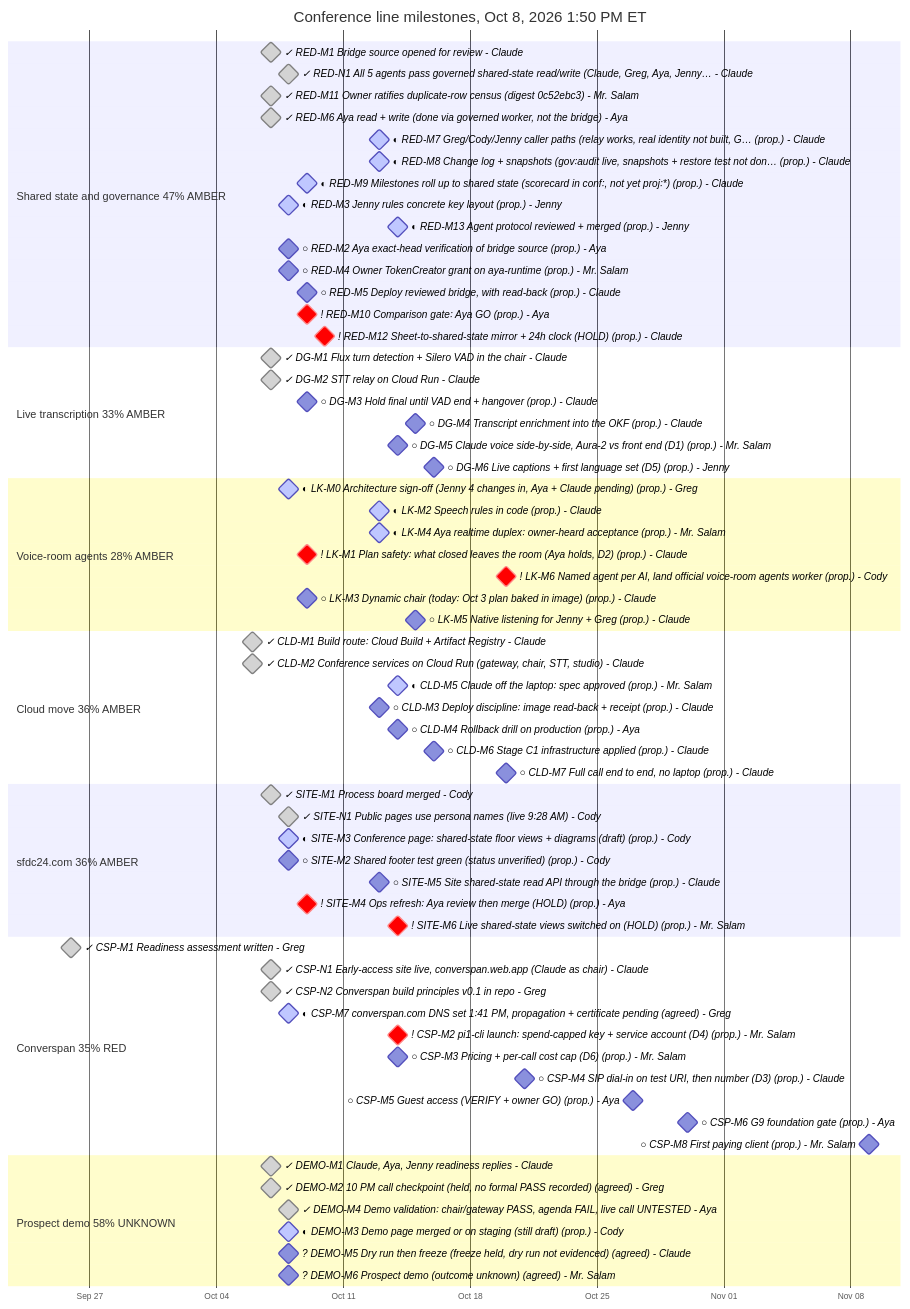
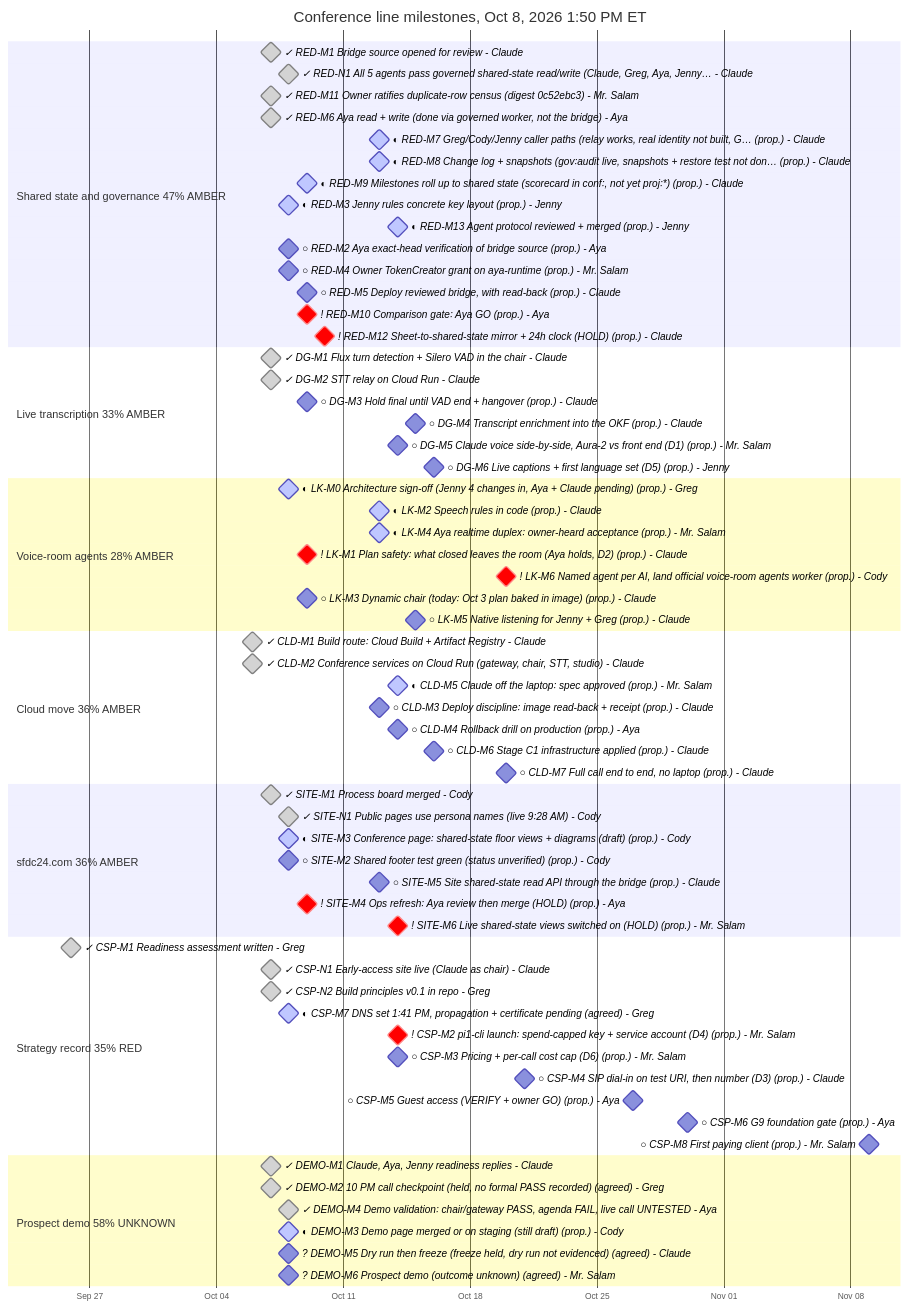
The diagram in assets/milestones/2026-10-08.mmd (sfdc-24/sfdc24-site), drawn with Mermaid before and after one commit. The commit also changed 32 other files, not shown here.

```diff
--- a/assets/milestones/2026-10-08.mmd
+++ b/assets/milestones/2026-10-08.mmd
@@ -1,78 +1,78 @@
 ---
 title: Conference line milestones, Oct 8, 2026 1:50 PM ET
 config:
   gantt:
     fontSize: 12
     sectionFontSize: 13
     barHeight: 22
     useMaxWidth: false
 ---
 gantt
     %% done = complete, active = in progress, crit = blocked. Dates and owners are unchanged.
     dateFormat YYYY-MM-DD
     axisFormat %b %d
     tickInterval 1week
     section Shared state and governance 47% AMBER
     ✓ RED-M1 Bridge source opened for review - Claude :milestone, done, red_m1, 2026-10-07, 0d
     ✓ RED-N1 All 5 agents pass governed shared-state read/write (Claude, Greg, Aya, Jenny… - Claude :milestone, done, red_n1, 2026-10-08, 0d
     ✓ RED-M11 Owner ratifies duplicate-row census (digest 0c52ebc3) - Mr. Salam :milestone, done, red_m11, 2026-10-07, 0d
     ✓ RED-M6 Aya read + write (done via governed worker, not the bridge) - Aya :milestone, done, red_m6, 2026-10-07, 0d
     ◐ RED-M7 Greg/Cody/Jenny caller paths (relay works, real identity not built, G… (prop.) - Claude :milestone, active, red_m7, 2026-10-13, 0d
     ◐ RED-M8 Change log + snapshots (gov꞉audit live, snapshots + restore test not don… (prop.) - Claude :milestone, active, red_m8, 2026-10-13, 0d
     ◐ RED-M9 Milestones roll up to shared state (scorecard in conf꞉, not yet proj꞉*) (prop.) - Claude :milestone, active, red_m9, 2026-10-09, 0d
     ◐ RED-M3 Jenny rules concrete key layout (prop.) - Jenny :milestone, active, red_m3, 2026-10-08, 0d
     ◐ RED-M13 Agent protocol reviewed + merged (prop.) - Jenny :milestone, active, red_m13, 2026-10-14, 0d
     ○ RED-M2 Aya exact-head verification of bridge source (prop.) - Aya :milestone, red_m2, 2026-10-08, 0d
     ○ RED-M4 Owner TokenCreator grant on aya-runtime (prop.) - Mr. Salam :milestone, red_m4, 2026-10-08, 0d
     ○ RED-M5 Deploy reviewed bridge, with read-back (prop.) - Claude :milestone, red_m5, 2026-10-09, 0d
     ! RED-M10 Comparison gate꞉ Aya GO (prop.) - Aya :milestone, crit, red_m10, 2026-10-09, 0d
     ! RED-M12 Sheet-to-shared-state mirror + 24h clock (HOLD) (prop.) - Claude :milestone, crit, red_m12, 2026-10-10, 0d
     section Live transcription 33% AMBER
     ✓ DG-M1 Flux turn detection + Silero VAD in the chair - Claude :milestone, done, dg_m1, 2026-10-07, 0d
     ✓ DG-M2 STT relay on Cloud Run - Claude :milestone, done, dg_m2, 2026-10-07, 0d
     ○ DG-M3 Hold final until VAD end + hangover (prop.) - Claude :milestone, dg_m3, 2026-10-09, 0d
     ○ DG-M4 Transcript enrichment into the OKF (prop.) - Claude :milestone, dg_m4, 2026-10-15, 0d
     ○ DG-M5 Claude voice side-by-side, Aura-2 vs front end (D1) (prop.) - Mr. Salam :milestone, dg_m5, 2026-10-14, 0d
     ○ DG-M6 Live captions + first language set (D5) (prop.) - Jenny :milestone, dg_m6, 2026-10-16, 0d
     section Voice-room agents 28% AMBER
     ◐ LK-M0 Architecture sign-off (Jenny 4 changes in, Aya + Claude pending) (prop.) - Greg :milestone, active, lk_m0, 2026-10-08, 0d
     ◐ LK-M2 Speech rules in code (prop.) - Claude :milestone, active, lk_m2, 2026-10-13, 0d
     ◐ LK-M4 Aya realtime duplex꞉ owner-heard acceptance (prop.) - Mr. Salam :milestone, active, lk_m4, 2026-10-13, 0d
     ! LK-M1 Plan safety꞉ what closed leaves the room (Aya holds, D2) (prop.) - Claude :milestone, crit, lk_m1, 2026-10-09, 0d
     ! LK-M6 Named agent per AI, land official voice-room agents worker (prop.) - Cody :milestone, crit, lk_m6, 2026-10-20, 0d
     ○ LK-M3 Dynamic chair (today꞉ Oct 3 plan baked in image) (prop.) - Claude :milestone, lk_m3, 2026-10-09, 0d
     ○ LK-M5 Native listening for Jenny + Greg (prop.) - Claude :milestone, lk_m5, 2026-10-15, 0d
     section Cloud move 36% AMBER
     ✓ CLD-M1 Build route꞉ Cloud Build + Artifact Registry - Claude :milestone, done, cld_m1, 2026-10-06, 0d
     ✓ CLD-M2 Conference services on Cloud Run (gateway, chair, STT, studio) - Claude :milestone, done, cld_m2, 2026-10-06, 0d
     ◐ CLD-M5 Claude off the laptop꞉ spec approved (prop.) - Mr. Salam :milestone, active, cld_m5, 2026-10-14, 0d
     ○ CLD-M3 Deploy discipline꞉ image read-back + receipt (prop.) - Claude :milestone, cld_m3, 2026-10-13, 0d
     ○ CLD-M4 Rollback drill on production (prop.) - Aya :milestone, cld_m4, 2026-10-14, 0d
     ○ CLD-M6 Stage C1 infrastructure applied (prop.) - Claude :milestone, cld_m6, 2026-10-16, 0d
     ○ CLD-M7 Full call end to end, no laptop (prop.) - Claude :milestone, cld_m7, 2026-10-20, 0d
     section sfdc24.com 36% AMBER
     ✓ SITE-M1 Process board merged - Cody :milestone, done, site_m1, 2026-10-07, 0d
     ✓ SITE-N1 Public pages use persona names (live 9꞉28 AM) - Cody :milestone, done, site_n1, 2026-10-08, 0d
     ◐ SITE-M3 Conference page꞉ shared-state floor views + diagrams (draft) (prop.) - Cody :milestone, active, site_m3, 2026-10-08, 0d
     ○ SITE-M2 Shared footer test green (status unverified) (prop.) - Cody :milestone, site_m2, 2026-10-08, 0d
     ○ SITE-M5 Site shared-state read API through the bridge (prop.) - Claude :milestone, site_m5, 2026-10-13, 0d
     ! SITE-M4 Ops refresh꞉ Aya review then merge (HOLD) (prop.) - Aya :milestone, crit, site_m4, 2026-10-09, 0d
     ! SITE-M6 Live shared-state views switched on (HOLD) (prop.) - Mr. Salam :milestone, crit, site_m6, 2026-10-14, 0d
-    section Converspan 35% RED
+    section Strategy record 35% RED
     ✓ CSP-M1 Readiness assessment written - Greg :milestone, done, csp_m1, 2026-09-26, 0d
-    ✓ CSP-N1 Early-access site live, converspan.web.app (Claude as chair) - Claude :milestone, done, csp_n1, 2026-10-07, 0d
-    ✓ CSP-N2 Converspan build principles v0.1 in repo - Greg :milestone, done, csp_n2, 2026-10-07, 0d
-    ◐ CSP-M7 converspan.com DNS set 1꞉41 PM, propagation + certificate pending (agreed) - Greg :milestone, active, csp_m7, 2026-10-08, 0d
+    ✓ CSP-N1 Early-access site live (Claude as chair) - Claude :milestone, done, csp_n1, 2026-10-07, 0d
+    ✓ CSP-N2 Build principles v0.1 in repo - Greg :milestone, done, csp_n2, 2026-10-07, 0d
+    ◐ CSP-M7 DNS set 1꞉41 PM, propagation + certificate pending (agreed) - Greg :milestone, active, csp_m7, 2026-10-08, 0d
     ! CSP-M2 pi1-cli launch꞉ spend-capped key + service account (D4) (prop.) - Mr. Salam :milestone, crit, csp_m2, 2026-10-14, 0d
     ○ CSP-M3 Pricing + per-call cost cap (D6) (prop.) - Mr. Salam :milestone, csp_m3, 2026-10-14, 0d
     ○ CSP-M4 SIP dial-in on test URI, then number (D3) (prop.) - Claude :milestone, csp_m4, 2026-10-21, 0d
     ○ CSP-M5 Guest access (VERIFY + owner GO) (prop.) - Aya :milestone, csp_m5, 2026-10-27, 0d
     ○ CSP-M6 G9 foundation gate (prop.) - Aya :milestone, csp_m6, 2026-10-30, 0d
     ○ CSP-M8 First paying client (prop.) - Mr. Salam :milestone, csp_m8, 2026-11-09, 0d
     section Prospect demo 58% UNKNOWN
     ✓ DEMO-M1 Claude, Aya, Jenny readiness replies - Claude :milestone, done, demo_m1, 2026-10-07, 0d
     ✓ DEMO-M2 10 PM call checkpoint (held, no formal PASS recorded) (agreed) - Greg :milestone, done, demo_m2, 2026-10-07, 0d
     ✓ DEMO-M4 Demo validation꞉ chair/gateway PASS, agenda FAIL, live call UNTESTED - Aya :milestone, done, demo_m4, 2026-10-08, 0d
     ◐ DEMO-M3 Demo page merged or on staging (still draft) (prop.) - Cody :milestone, active, demo_m3, 2026-10-08, 0d
     ? DEMO-M5 Dry run then freeze (freeze held, dry run not evidenced) (agreed) - Claude :milestone, demo_m5, 2026-10-08, 0d
     ? DEMO-M6 Prospect demo (outcome unknown) (agreed) - Mr. Salam :milestone, demo_m6, 2026-10-08, 0d
```
